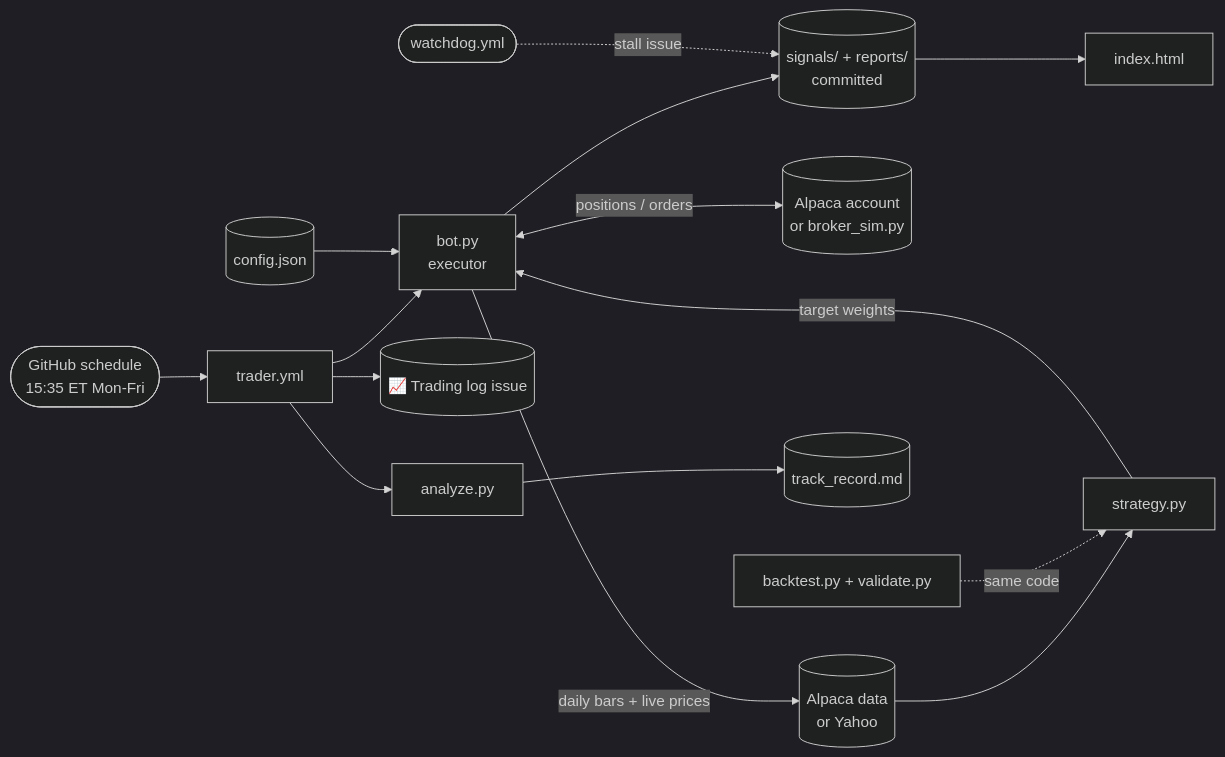
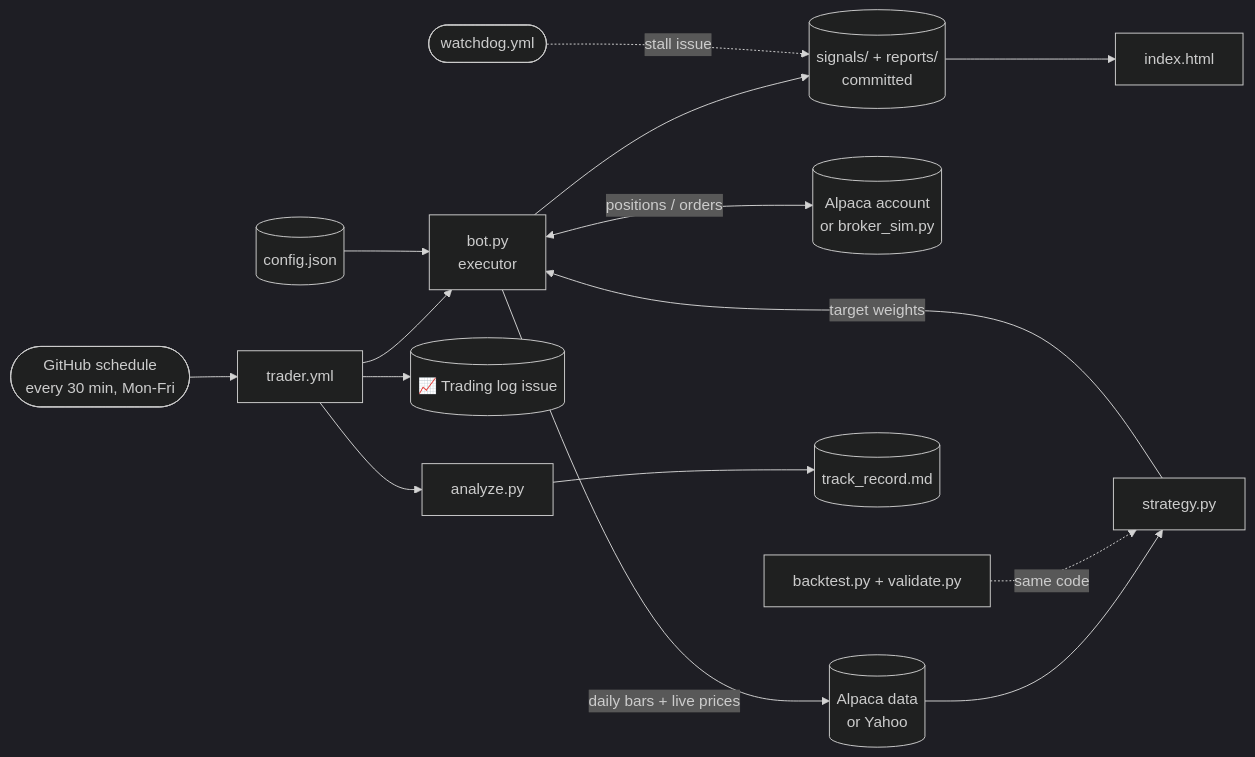
One commit to caleblschulte0-ux/schwab-trader changed the diagram in README.md. Above: the diagram before and after it, drawn with Mermaid (dark theme). The commit also changed other lines of this file and 9 other files, not shown here.

First line of the commit message:
Trade whenever GitHub's late scheduler actually runs: 30-min crons, 360-min window

````diff
--- a/README.md
+++ b/README.md
@@ -64,16 +64,16 @@
 ```mermaid
 flowchart LR
-    S([GitHub schedule<br/>15:35 ET Mon-Fri]) --> T[trader.yml]
+    S([GitHub schedule<br/>every 30 min, Mon-Fri]) --> T[trader.yml]
     T --> B[bot.py<br/>executor]
     C[(config.json)] --> B
     B -->|daily bars + live prices| D[(Alpaca data<br/>or Yahoo)]
     D --> ST[strategy.py]
     ST -->|target weights| B
     B <-->|positions / orders| A[(Alpaca account<br/>or broker_sim.py)]
     B --> F[(signals/ + reports/<br/>committed)]
     T --> AN[analyze.py] --> TR[(track_record.md)]
     T --> I[(📈 Trading log issue)]
     F --> DASH[index.html]
     W([watchdog.yml]) -.->|stall issue| F
     BT[backtest.py + validate.py] -.->|same code| ST
 ```
````
